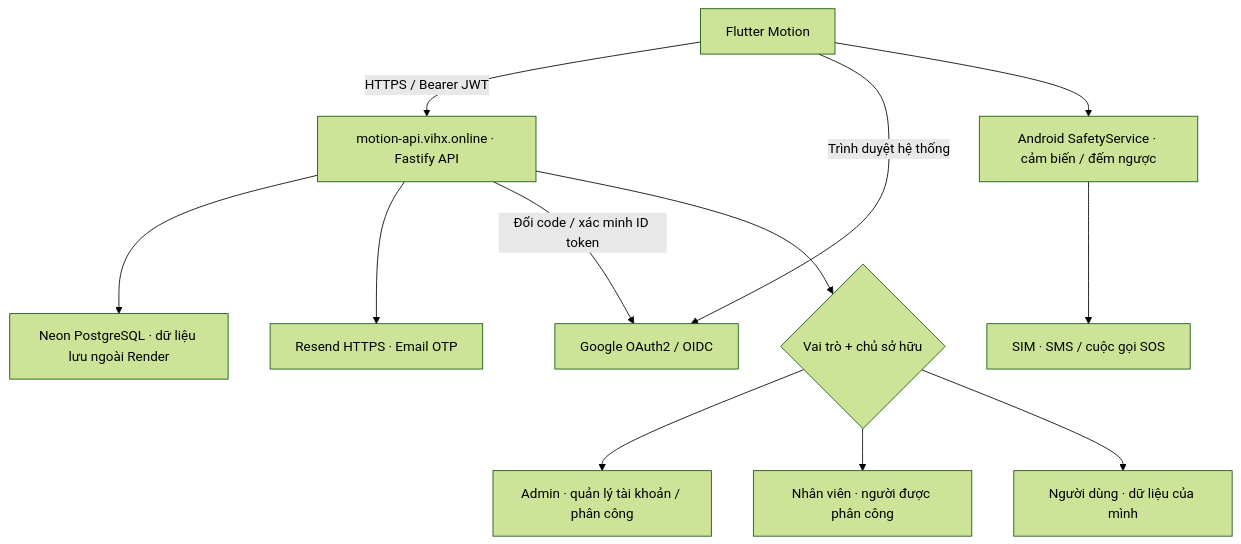
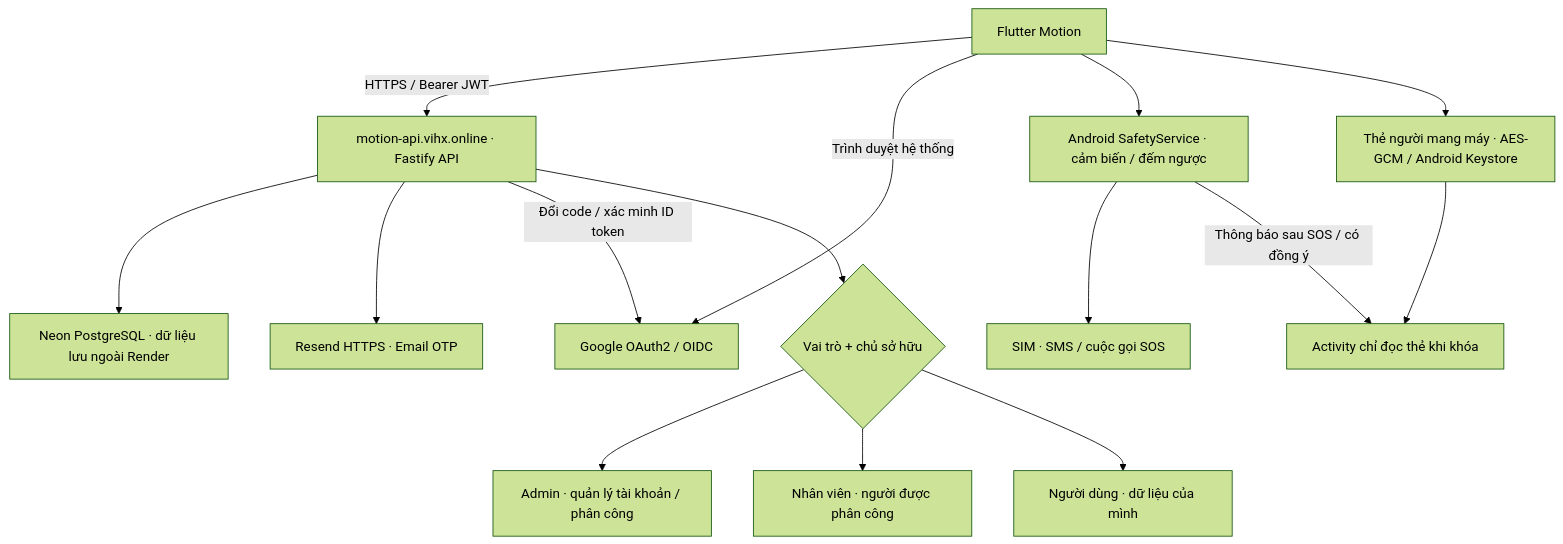
Before and after one commit to Vinh-205/Motion: the first of 4 diagrams in README.md, drawn with Mermaid (forest theme). The commit also changed other lines of this file and 26 other files, not shown here.

Commit message:
Add encrypted emergency card with locked SOS access and remembered sessions

````diff
--- a/README.md
+++ b/README.md
@@ -78,14 +109,17 @@
 ```mermaid
 flowchart TD
     Flutter["Flutter Motion"] -->|"HTTPS / Bearer JWT"| API["motion-api.vihx.online · Fastify API"]
     API --> DB["Neon PostgreSQL · dữ liệu lưu ngoài Render"]
     API --> Mail["Resend HTTPS · Email OTP"]
     Flutter -->|"Trình duyệt hệ thống"| Google["Google OAuth2 / OIDC"]
     API -->|"Đổi code / xác minh ID token"| Google
     API --> RBAC{"Vai trò + chủ sở hữu"}
     RBAC --> Admin["Admin · quản lý tài khoản / phân công"]
     RBAC --> Staff["Nhân viên · người được phân công"]
     RBAC --> Member["Người dùng · dữ liệu của mình"]
     Flutter --> Native["Android SafetyService · cảm biến / đếm ngược"]
     Native --> SIM["SIM · SMS / cuộc gọi SOS"]
+    Flutter --> Card["Thẻ người mang máy · AES-GCM / Android Keystore"]
+    Native -->|"Thông báo sau SOS / có đồng ý"| Read["Activity chỉ đọc thẻ khi khóa"]
+    Card --> Read
 ```
````
